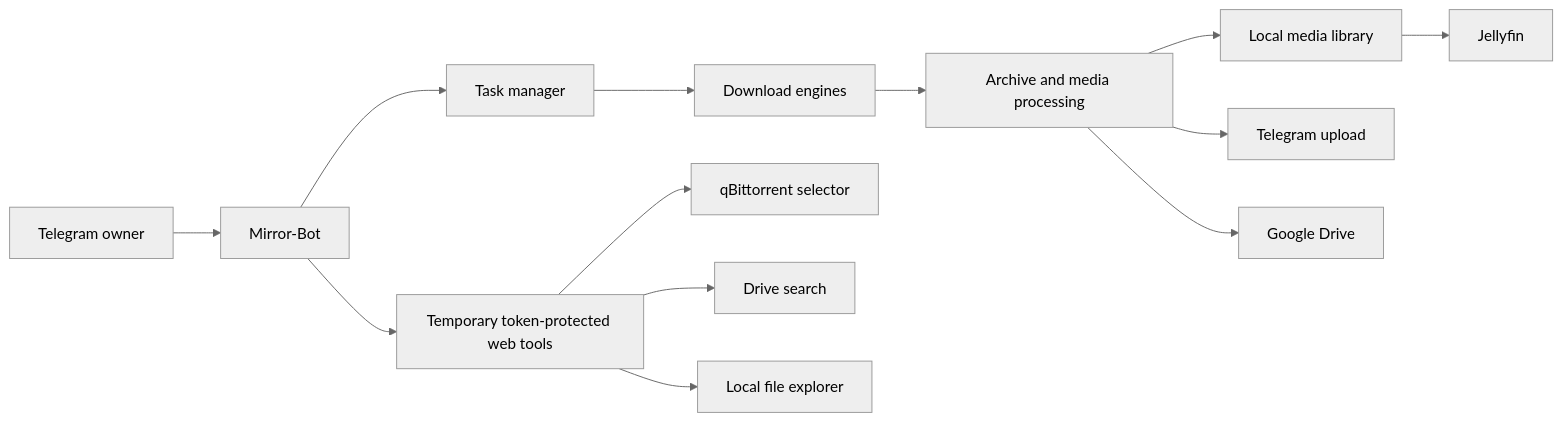
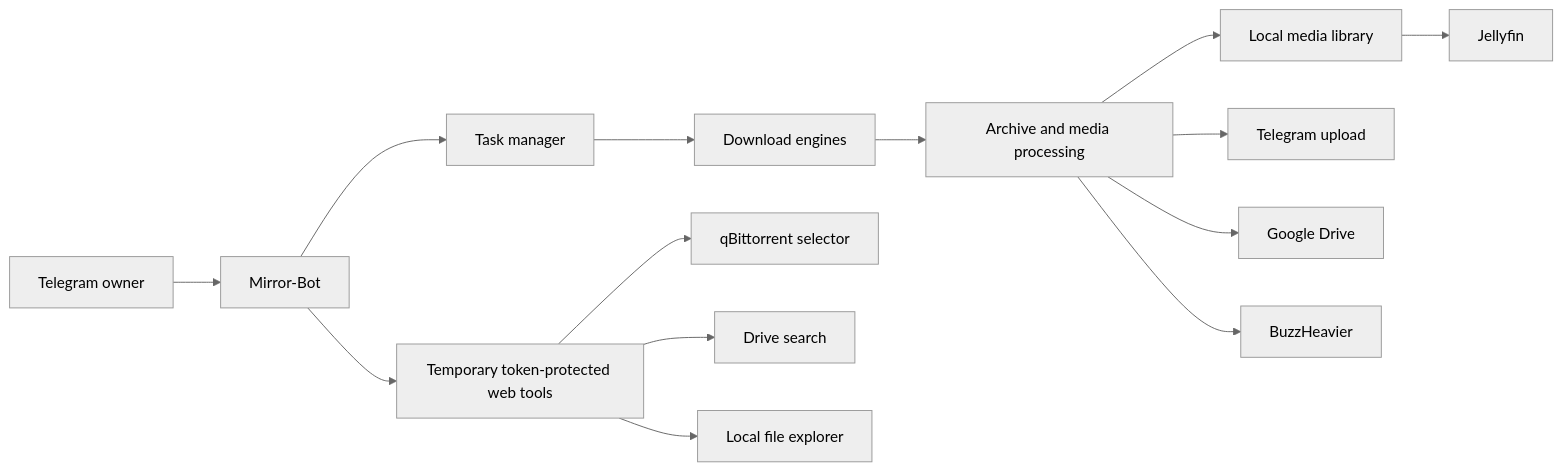
The diagram in README.md (hitesh920/Mirror-Bot), drawn with Mermaid (neutral theme) before and after one commit. The commit also changed other lines of this file and 10 other files, not shown here.

First line of the commit message:
Add BuzzHeavier source and upload support

````diff
--- a/README.md
+++ b/README.md
@@ -59,15 +63,16 @@
 ```mermaid
 flowchart LR
     TG["Telegram owner"] --> BOT["Mirror-Bot"]
     BOT --> TM["Task manager"]
     TM --> DL["Download engines"]
     DL --> PROC["Archive and media processing"]
     PROC --> LOCAL["Local media library"]
     PROC --> TGU["Telegram upload"]
     PROC --> GD["Google Drive"]
+    PROC --> BH["BuzzHeavier"]
     LOCAL --> JF["Jellyfin"]
     BOT --> WEB["Temporary token-protected web tools"]
     WEB --> QB["qBittorrent selector"]
     WEB --> SEARCH["Drive search"]
     WEB --> FILES["Local file explorer"]
 ```
````
